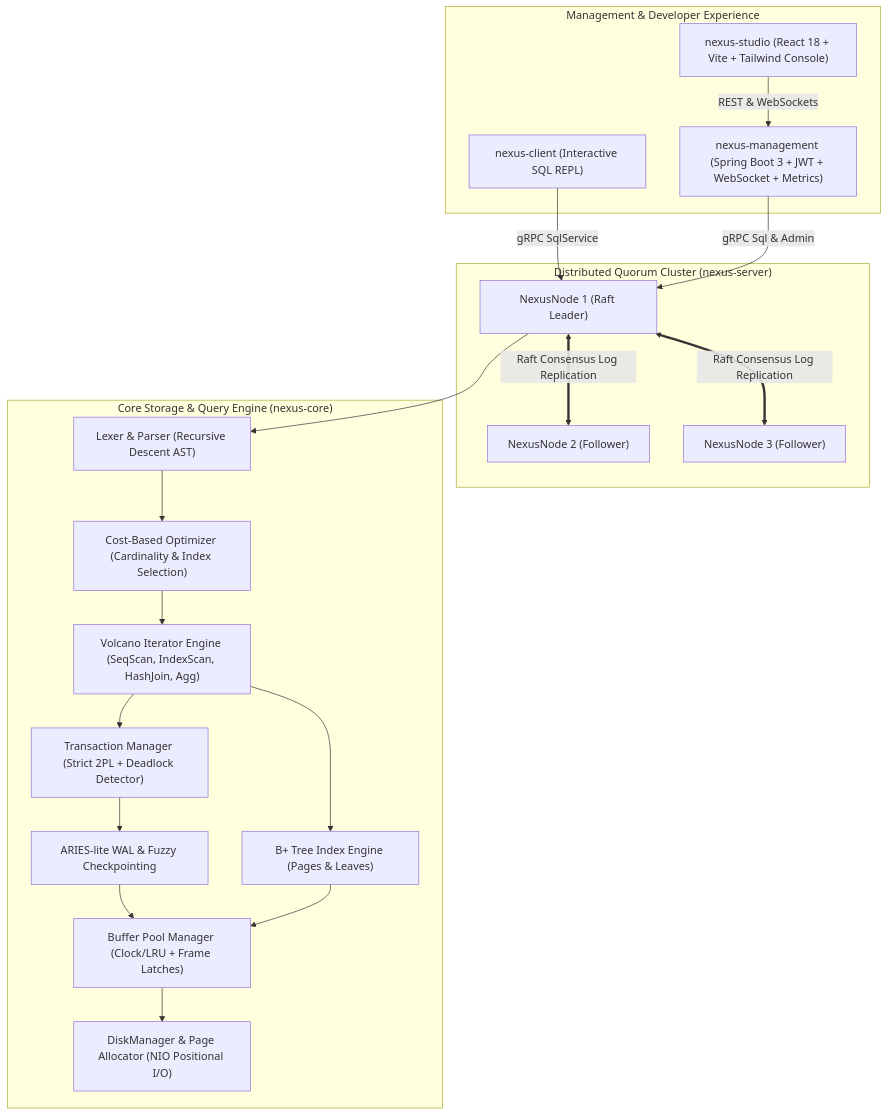
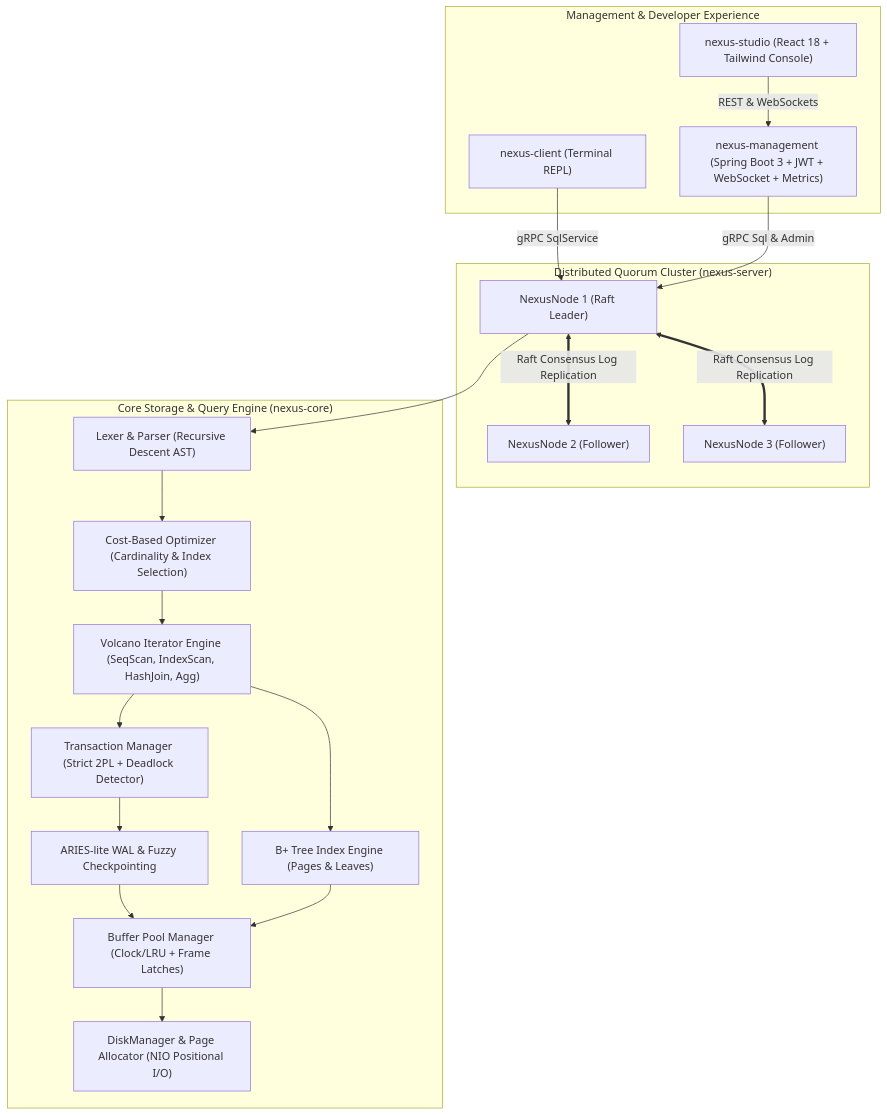
Before and after one commit to krithik9806/NexusDB: the first of 2 diagrams in README.md, drawn with Mermaid. The commit also changed other lines of this file, not shown here.

Commit message:
docs: enhance README with architectural deep-dives, sequence diagrams and FAQ

````diff
--- a/README.md
+++ b/README.md
@@ -49,35 +98,35 @@
 ```mermaid
 flowchart TD
     subgraph UI["Management & Developer Experience"]
-        CLI["nexus-client (Interactive SQL REPL)"]
-        Studio["nexus-studio (React 18 + Vite + Tailwind Console)"]
+        CLI["nexus-client (Terminal REPL)"]
+        Studio["nexus-studio (React 18 + Tailwind Console)"]
         Mgmt["nexus-management (Spring Boot 3 + JWT + WebSocket + Metrics)"]
     end
 
     subgraph Cluster["Distributed Quorum Cluster (nexus-server)"]
         Node1["NexusNode 1 (Raft Leader)"]
         Node2["NexusNode 2 (Follower)"]
         Node3["NexusNode 3 (Follower)"]
     end
 
     subgraph CoreEngine["Core Storage & Query Engine (nexus-core)"]
         Parser["Lexer & Parser (Recursive Descent AST)"]
         Planner["Cost-Based Optimizer (Cardinality & Index Selection)"]
         Executor["Volcano Iterator Engine (SeqScan, IndexScan, HashJoin, Agg)"]
         TxnMgr["Transaction Manager (Strict 2PL + Deadlock Detector)"]
         WAL["ARIES-lite WAL & Fuzzy Checkpointing"]
         BPTree["B+ Tree Index Engine (Pages & Leaves)"]
         BPM["Buffer Pool Manager (Clock/LRU + Frame Latches)"]
         Disk["DiskManager & Page Allocator (NIO Positional I/O)"]
     end
 
     CLI -->|gRPC SqlService| Node1
     Studio -->|REST & WebSockets| Mgmt
     Mgmt -->|gRPC Sql & Admin| Node1
     Node1 <==>|Raft Consensus Log Replication| Node2
     Node1 <==>|Raft Consensus Log Replication| Node3
     Node1 --> Parser
     Parser --> Planner --> Executor
     Executor --> TxnMgr --> WAL --> BPM --> Disk
     Executor --> BPTree --> BPM
 ```
````
